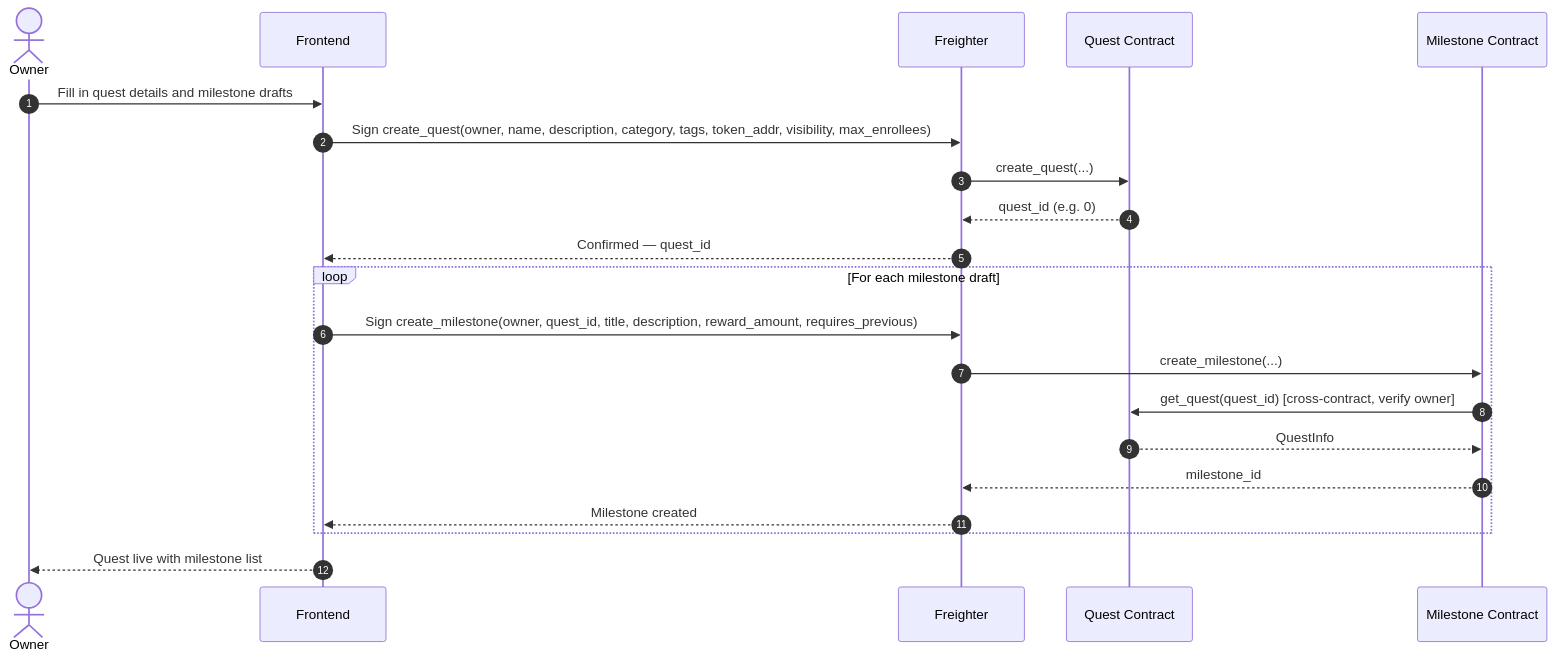
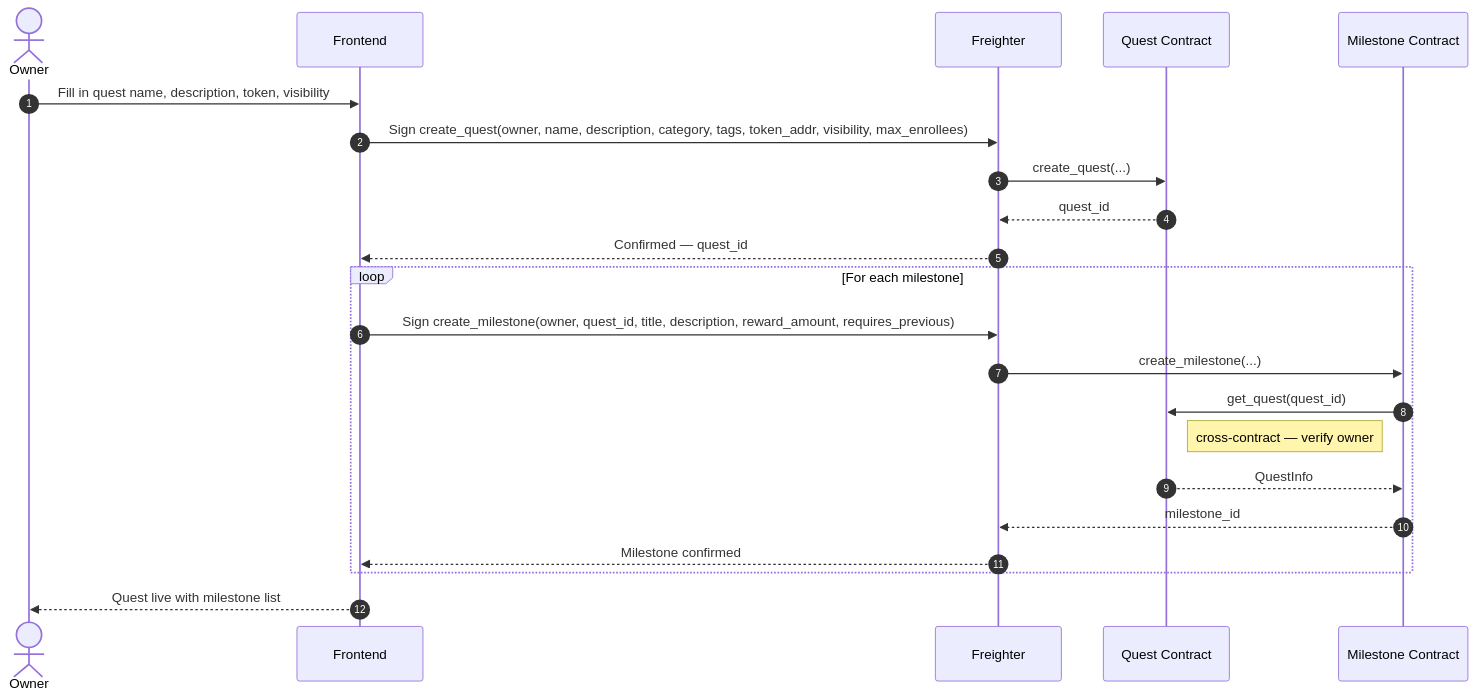
Before and after one commit to lernza/lernza: the first of 7 diagrams in docs/ARCHITECTURE.md, drawn with Mermaid. The commit also changed other lines of this file and 9 other files, not shown here.

````diff
--- a/docs/ARCHITECTURE.md
+++ b/docs/ARCHITECTURE.md
@@ -41,26 +53,27 @@
 ```mermaid
 sequenceDiagram
     autonumber
     actor Owner
     participant FE as Frontend
     participant Wallet as Freighter
     participant Quest as Quest Contract
     participant Milestone as Milestone Contract
 
-    Owner->>FE: Fill in quest details and milestone drafts
+    Owner->>FE: Fill in quest name, description, token, visibility
     FE->>Wallet: Sign create_quest(owner, name, description, category, tags, token_addr, visibility, max_enrollees)
     Wallet->>Quest: create_quest(...)
-    Quest-->>Wallet: quest_id (e.g. 0)
+    Quest-->>Wallet: quest_id
     Wallet-->>FE: Confirmed — quest_id
 
-    loop For each milestone draft
+    loop For each milestone
         FE->>Wallet: Sign create_milestone(owner, quest_id, title, description, reward_amount, requires_previous)
         Wallet->>Milestone: create_milestone(...)
-        Milestone->>Quest: get_quest(quest_id) [cross-contract, verify owner]
+        Milestone->>Quest: get_quest(quest_id)
+        Note right of Quest: cross-contract — verify owner
         Quest-->>Milestone: QuestInfo
         Milestone-->>Wallet: milestone_id
-        Wallet-->>FE: Milestone created
+        Wallet-->>FE: Milestone confirmed
     end
 
     FE-->>Owner: Quest live with milestone list
 ```
````
